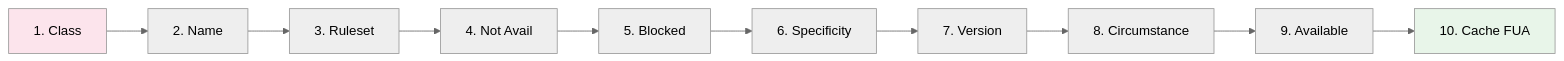
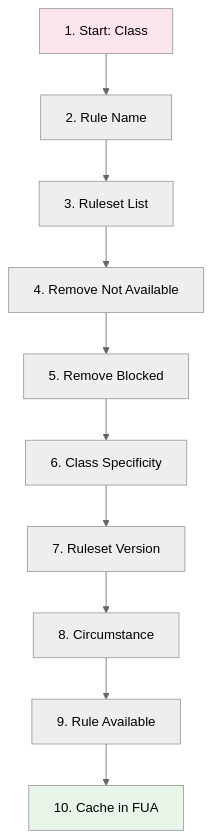
The diagram in pega-interview-prep/diagrams/01-rule-resolution.mmd (pratham-vishk/pega-interview-romance-guide), drawn with Mermaid (neutral theme) before and after one commit. The commit also changed 46 other files, not shown here.

First line of the commit message:
Ultra comprehensive edition: expand all 473 subtopics, fix diagram page-fit

```diff
--- a/pega-interview-prep/diagrams/01-rule-resolution.mmd
+++ b/pega-interview-prep/diagrams/01-rule-resolution.mmd
@@ -1,13 +1,13 @@
-flowchart LR
-    A["1. Class"] --> B["2. Name"]
-    B --> C["3. Ruleset"]
-    C --> D["4. Not Avail"]
-    D --> E["5. Blocked"]
-    E --> F["6. Specificity"]
-    F --> G["7. Version"]
+flowchart TD
+    A["1. Start: Class"] --> B["2. Rule Name"]
+    B --> C["3. Ruleset List"]
+    C --> D["4. Remove Not Available"]
+    D --> E["5. Remove Blocked"]
+    E --> F["6. Class Specificity"]
+    F --> G["7. Ruleset Version"]
     G --> H["8. Circumstance"]
-    H --> I["9. Available"]
-    I --> J["10. Cache FUA"]
+    H --> I["9. Rule Available"]
+    I --> J["10. Cache in FUA"]
 
     style A fill:#fce4ec
     style J fill:#e8f5e9
```
